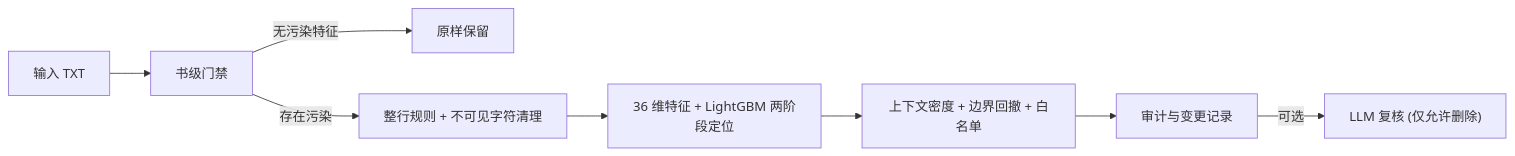
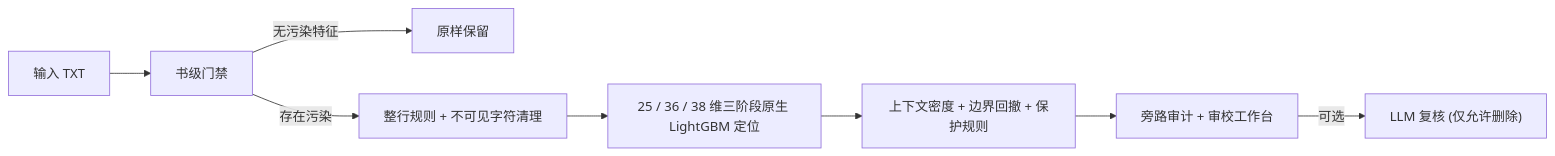
Before and after one commit to Nanoda16/adclean: the diagram in README.md, drawn with Mermaid. The commit also changed other lines of this file and 46 other files, not shown here.

Commit message:
feat(core,web,ui): overhaul engine, replace pickle with native LightGBM, add interactive review workbench and editorial UI

````diff
--- a/README.md
+++ b/README.md
@@ -34,10 +34,10 @@
 ```mermaid
 flowchart LR
     In["输入 TXT"] --> Gate["书级门禁"]
     Gate -->|无污染特征| Keep["原样保留"]
     Gate -->|存在污染| Rules["整行规则 + 不可见字符清理"]
-    Rules --> Model["36 维特征 + LightGBM 两阶段定位"]
-    Model --> Filter["上下文密度 + 边界回撤 + 白名单"]
-    Filter --> Audit["审计与变更记录"]
+    Rules --> Model["25 / 36 / 38 维三阶段原生 LightGBM 定位"]
+    Model --> Filter["上下文密度 + 边界回撤 + 保护规则"]
+    Filter --> Audit["旁路审计 + 审校工作台"]
     Audit -->|可选| LLM["LLM 复核 (仅允许删除)"]
 ```
````
